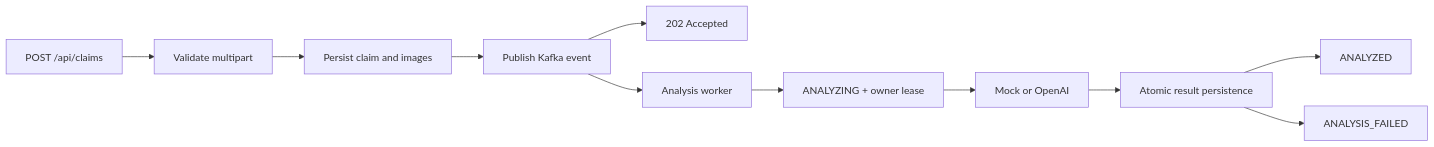
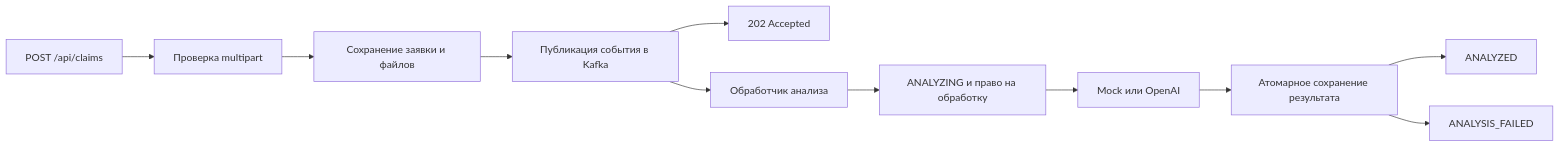
One commit to steel-snake-sx/car-damages-ai-java-ver changed the second of 2 diagrams in README.md. Above: the diagram before and after it, drawn with Mermaid. The commit also changed other lines of this file, not shown here.

````diff
--- a/README.md
+++ b/README.md
@@ -67,13 +67,13 @@
 ```mermaid
 flowchart LR
-    Submit[POST /api/claims] --> Validate[Validate multipart]
-    Validate --> Persist[Persist claim and images]
-    Persist --> Publish[Publish Kafka event]
+    Submit[POST /api/claims] --> Validate[Проверка multipart]
+    Validate --> Persist[Сохранение заявки и файлов]
+    Persist --> Publish[Публикация события в Kafka]
     Publish --> Accepted[202 Accepted]
-    Publish --> Worker[Analysis worker]
-    Worker --> Ownership[ANALYZING + owner lease]
-    Ownership --> AI[Mock or OpenAI]
-    AI --> Result[Atomic result persistence]
+    Publish --> Worker[Обработчик анализа]
+    Worker --> Ownership[ANALYZING и право на обработку]
+    Ownership --> AI[Mock или OpenAI]
+    AI --> Result[Атомарное сохранение результата]
     Result --> Analyzed[ANALYZED]
     Result --> Failed[ANALYSIS_FAILED]
 ```
````
